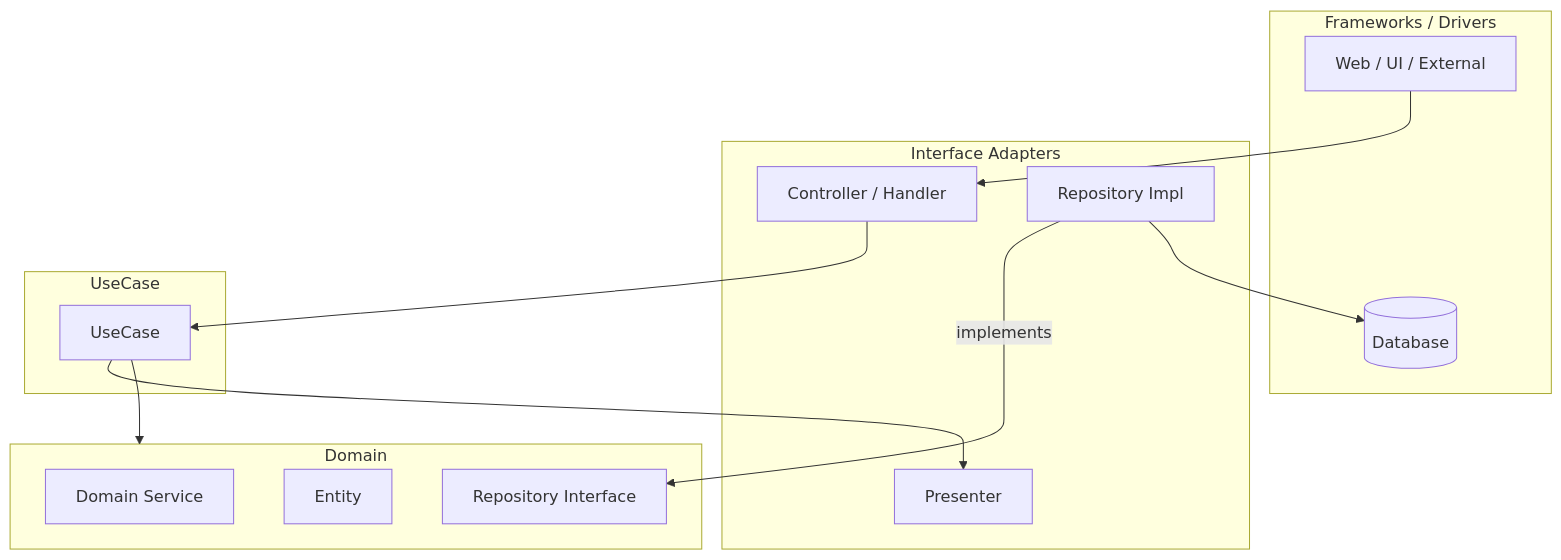
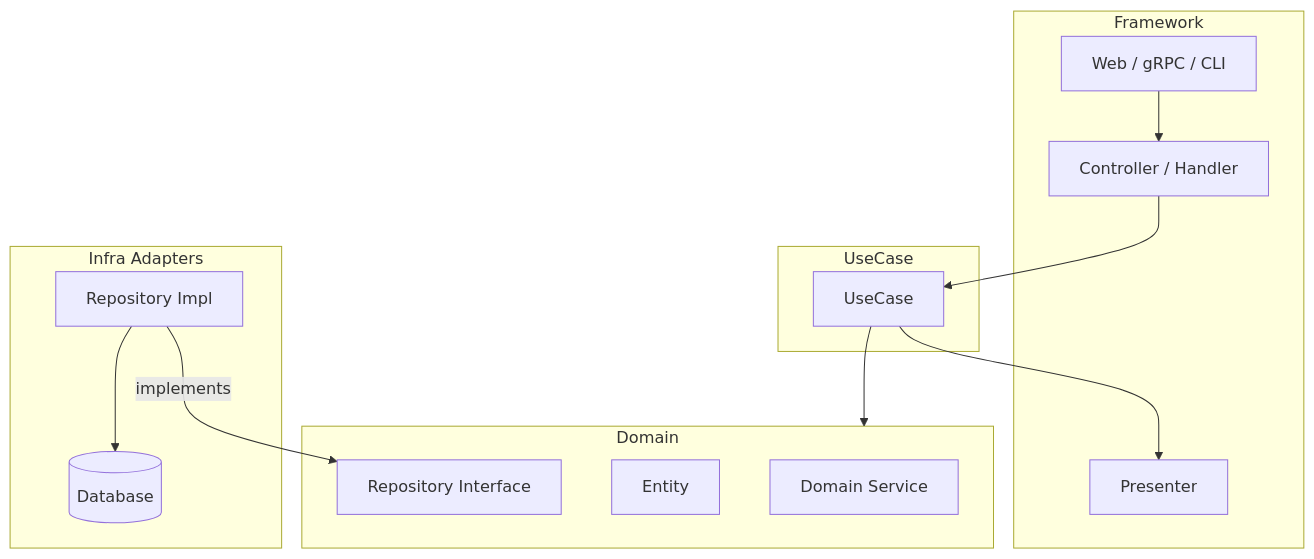
The diagram in software/clean_arch_ja.md (sandy2008/workshop), drawn with Mermaid before and after one commit. The commit also changed other lines of this file and 7 other files, not shown here.

Commit message:
typo: infra adapter

````diff
--- a/software/clean_arch_ja.md
+++ b/software/clean_arch_ja.md
@@ -9,31 +9,31 @@
 ```mermaid
 graph TD
-    subgraph FrameworkLayer [Frameworks / Drivers]
-        Web[Web / UI / External]
-        DB[(Database)]
-    end
-
-    subgraph AdapterLayer [Interface Adapters]
+    subgraph FrameworkLayer [Framework]
+        Web[Web / gRPC / CLI]
         Controller[Controller / Handler]
         Presenter[Presenter]
-        RI_Impl[Repository Impl]
     end
 
     subgraph UseCaseLayer [UseCase]
         UC[UseCase]
     end
 
     subgraph DomainLayer [Domain]
         DS[Domain Service]
         E[Entity]
         RI[Repository Interface]
     end
 
+    subgraph InfraLayer [Infra Adapters]
+        RI_Impl[Repository Impl]
+        DB[(Database)]
+    end
+
     %% 依存関係
     Web --> Controller
     Controller --> UC
     UC --> DomainLayer
     RI_Impl -- "implements" --> RI
     RI_Impl --> DB
     UC --> Presenter
 ```
````
